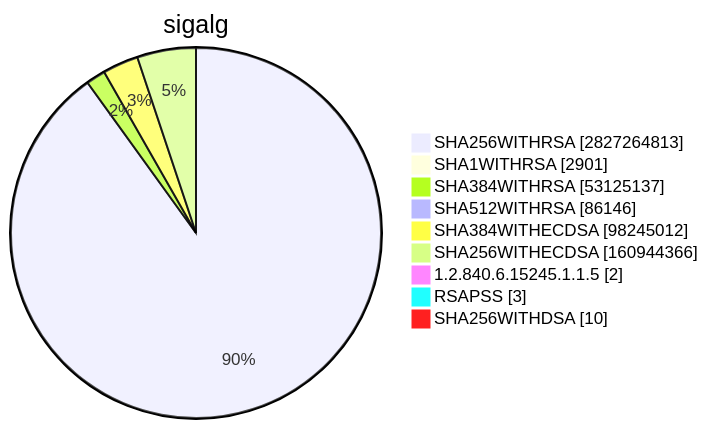
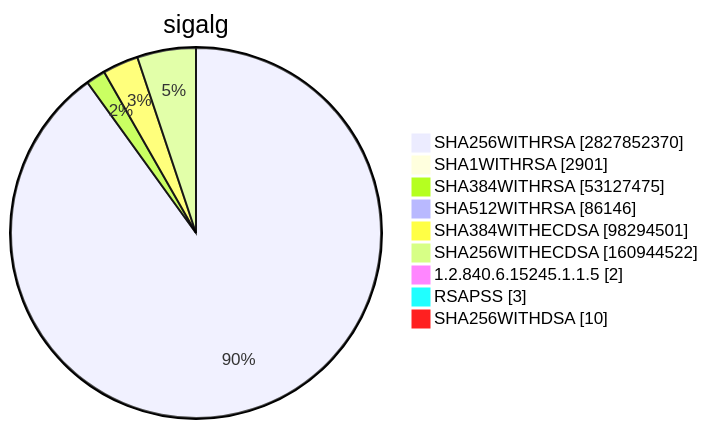
One commit to christiankrug/ctmonitor_visualization changed diagram 15 of 15 in TOTAL/README.md. Above: the diagram before and after it, drawn with Mermaid. The commit also changed other lines of this file, not shown here.

````diff
--- a/TOTAL/README.md
+++ b/TOTAL/README.md
@@ -6207,13 +6207,13 @@
 ```mermaid
 pie showData
 title sigalg
-"SHA256WITHRSA" :2827264813
+"SHA256WITHRSA" :2827852370
 "SHA1WITHRSA" :2901
-"SHA384WITHRSA" :53125137
+"SHA384WITHRSA" :53127475
 "SHA512WITHRSA" :86146
-"SHA384WITHECDSA" :98245012
-"SHA256WITHECDSA" :160944366
+"SHA384WITHECDSA" :98294501
+"SHA256WITHECDSA" :160944522
 "1.2.840.6.15245.1.1.5" :2
 "RSAPSS" :3
 "SHA256WITHDSA" :10
 ```
````
